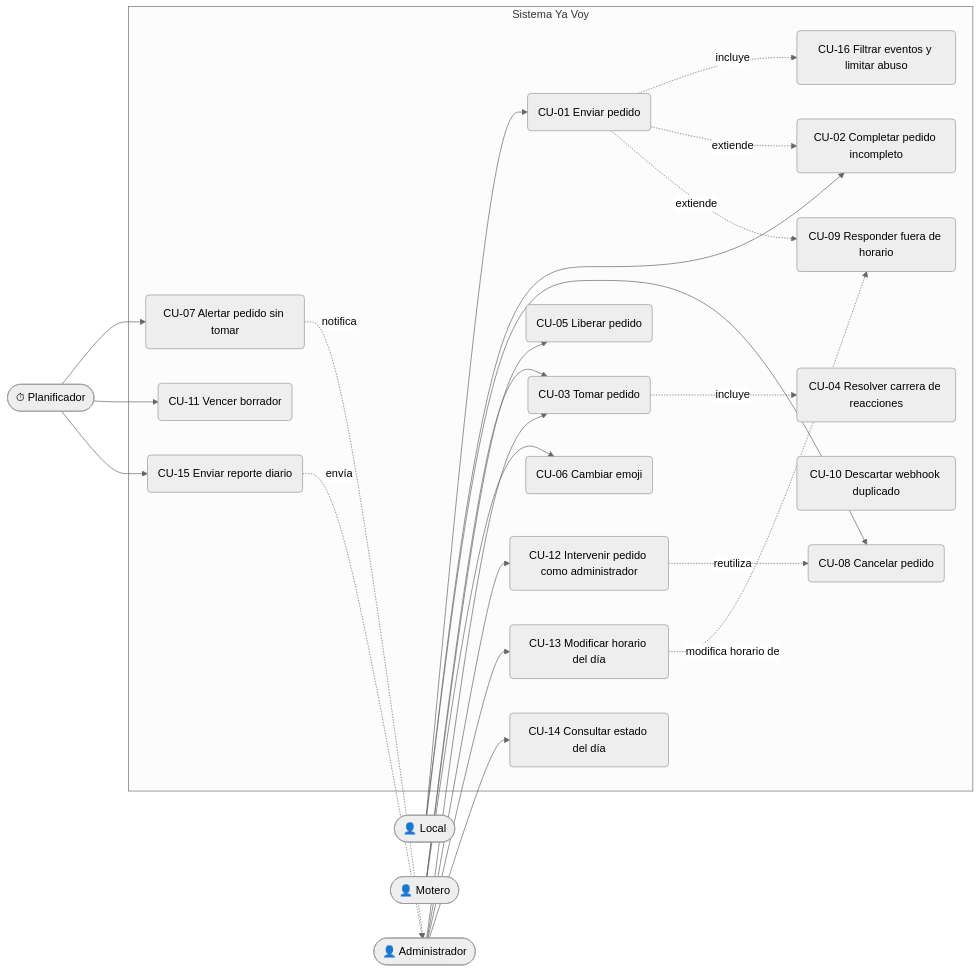
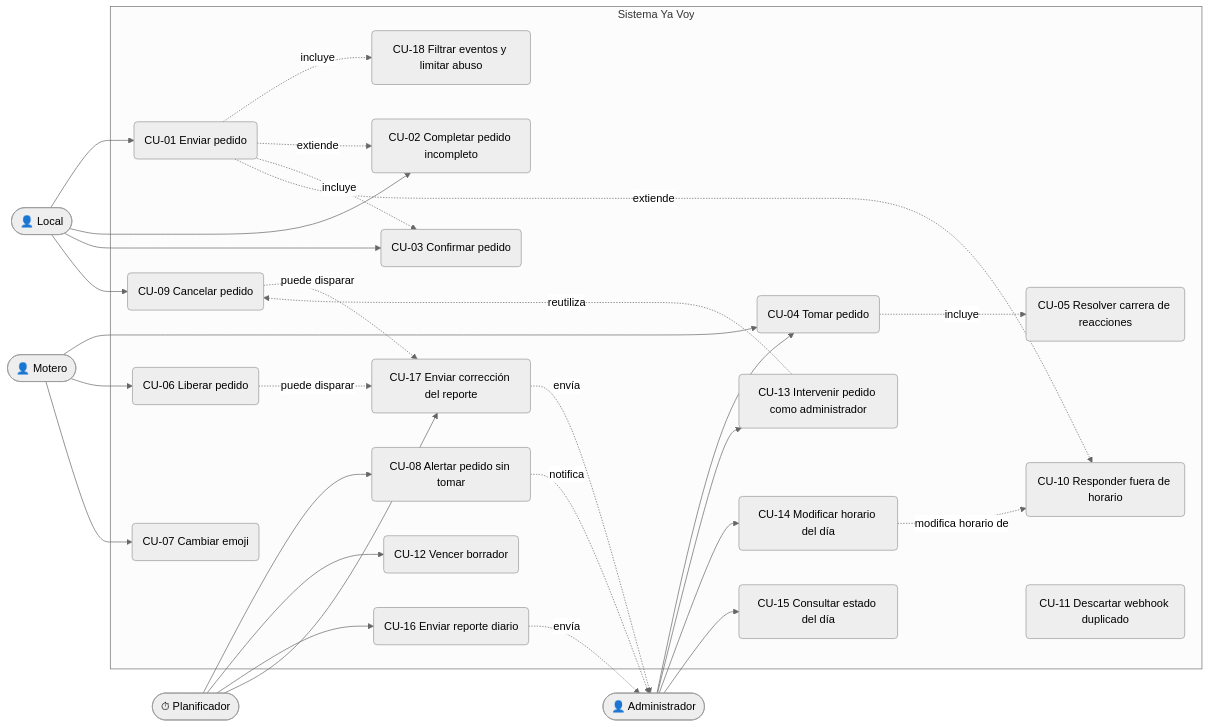
One commit to KevOrtega/ya-voy-automation-whatsapp changed the diagram in docs/02-casos-de-uso.md. Above: the diagram before and after it, drawn with Mermaid (neutral theme). The commit also changed other lines of this file and 8 other files, not shown here.

````diff
--- a/docs/02-casos-de-uso.md
+++ b/docs/02-casos-de-uso.md
@@ -5,49 +5,57 @@
 ```mermaid
 flowchart LR
     store(["👤 Local"])
     courier(["👤 Motero"])
     admin(["👤 Administrador"])
     sched(["⏱ Planificador"])
 
     subgraph sys["Sistema Ya Voy"]
         CU01("CU-01 Enviar pedido")
         CU02("CU-02 Completar pedido incompleto")
-        CU03("CU-03 Tomar pedido")
-        CU04("CU-04 Resolver carrera de reacciones")
-        CU05("CU-05 Liberar pedido")
-        CU06("CU-06 Cambiar emoji")
-        CU07("CU-07 Alertar pedido sin tomar")
-        CU08("CU-08 Cancelar pedido")
-        CU09("CU-09 Responder fuera de horario")
-        CU10("CU-10 Descartar webhook duplicado")
-        CU11("CU-11 Vencer borrador")
-        CU12("CU-12 Intervenir pedido como administrador")
-        CU13("CU-13 Modificar horario del día")
-        CU14("CU-14 Consultar estado del día")
-        CU15("CU-15 Enviar reporte diario")
-        CU16("CU-16 Filtrar eventos y limitar abuso")
+        CU03("CU-03 Confirmar pedido")
+        CU04("CU-04 Tomar pedido")
+        CU05("CU-05 Resolver carrera de reacciones")
+        CU06("CU-06 Liberar pedido")
+        CU07("CU-07 Cambiar emoji")
+        CU08("CU-08 Alertar pedido sin tomar")
+        CU09("CU-09 Cancelar pedido")
+        CU10("CU-10 Responder fuera de horario")
+        CU11("CU-11 Descartar webhook duplicado")
+        CU12("CU-12 Vencer borrador")
+        CU13("CU-13 Intervenir pedido como administrador")
+        CU14("CU-14 Modificar horario del día")
+        CU15("CU-15 Consultar estado del día")
+        CU16("CU-16 Enviar reporte diario")
+        CU17("CU-17 Enviar corrección del reporte")
+        CU18("CU-18 Filtrar eventos y limitar abuso")
     end
 
     store --> CU01
     store --> CU02
-    store --> CU08
-    courier --> CU03
-    courier --> CU05
+    store --> CU03
+    store --> CU09
+    courier --> CU04
     courier --> CU06
-    admin --> CU03
-    admin --> CU12
+    courier --> CU07
+    admin --> CU04
     admin --> CU13
     admin --> CU14
-    sched --> CU07
-    sched --> CU11
-    sched --> CU15
-    CU07 -. notifica .-> admin
-    CU15 -. envía .-> admin
+    admin --> CU15
+    sched --> CU08
+    sched --> CU12
+    sched --> CU16
+    sched --> CU17
+    CU08 -. notifica .-> admin
+    CU16 -. envía .-> admin
+    CU17 -. envía .-> admin
 
-    CU01 -. incluye .-> CU16
+    CU01 -. incluye .-> CU18
     CU01 -. extiende .-> CU02
-    CU01 -. extiende .-> CU09
-    CU03 -. incluye .-> CU04
-    CU12 -. reutiliza .-> CU08
-    CU13 -. modifica horario de .-> CU09
+    CU01 -. incluye .-> CU03
+    CU01 -. extiende .-> CU10
+    CU04 -. incluye .-> CU05
+    CU13 -. reutiliza .-> CU09
+    CU14 -. modifica horario de .-> CU10
+    CU06 -. puede disparar .-> CU17
+    CU09 -. puede disparar .-> CU17
 ```
````
